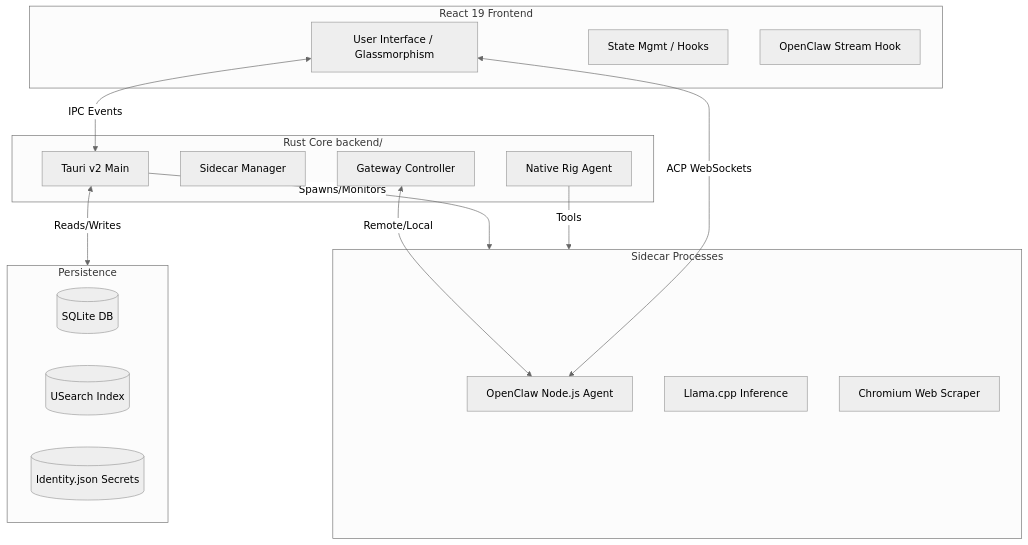
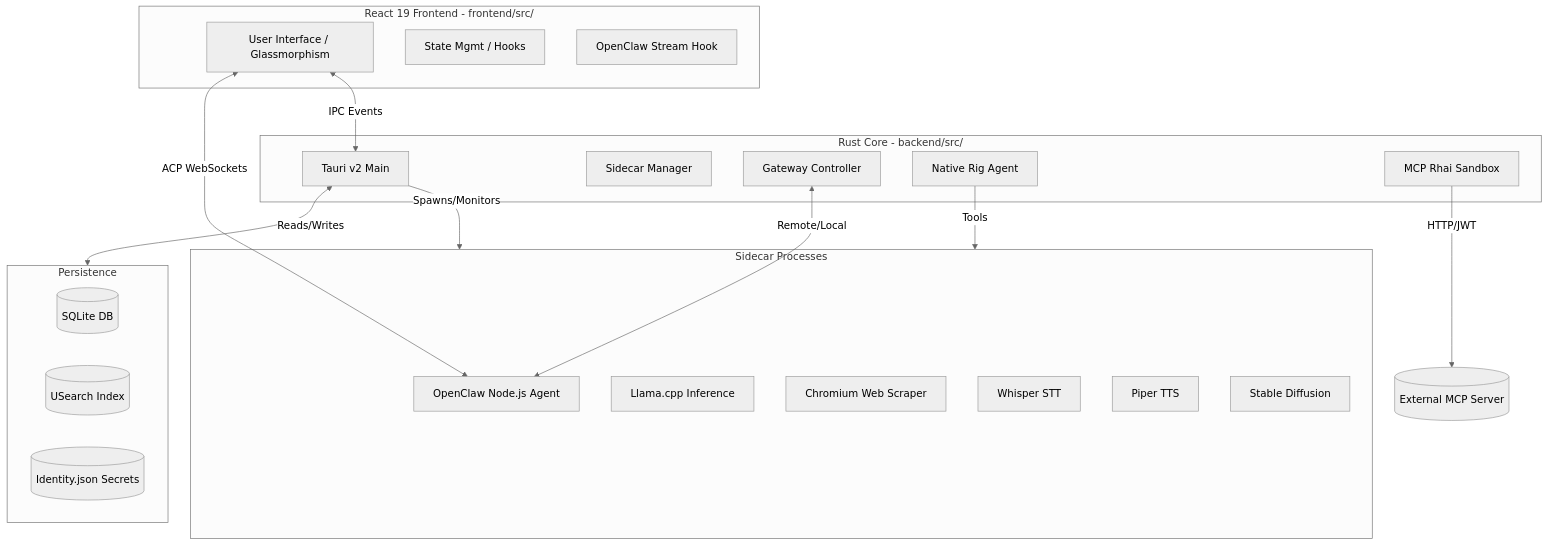
One commit to RNT56/ThinClaw changed the diagram in README.md. Above: the diagram before and after it, drawn with Mermaid (neutral theme). The commit also changed other lines of this file and 7 other files, not shown here.

````diff
--- a/README.md
+++ b/README.md
@@ -78,34 +80,39 @@
 ```mermaid
 graph TD
-    subgraph Frontend [React 19 Frontend]
+    subgraph Frontend [React 19 Frontend - frontend/src/]
         UI[User Interface / Glassmorphism]
         State[State Mgmt / Hooks]
         Stream[OpenClaw Stream Hook]
     end
     
-    subgraph Backend [Rust Core backend/]
+    subgraph Backend [Rust Core - backend/src/]
         Tauri[Tauri v2 Main]
         Manager[Sidecar Manager]
         Gateway[Gateway Controller]
         RigAgent[Native Rig Agent]
+        McpSandbox[MCP Rhai Sandbox]
     end
     
     subgraph Sidecars [Sidecar Processes]
         OpenClaw[OpenClaw Node.js Agent]
         Llama[Llama.cpp Inference]
         Chromium[Chromium Web Scraper]
+        Whisper[Whisper STT]
+        TTS[Piper TTS]
+        SD[Stable Diffusion]
     end
     
     subgraph Storage [Persistence]
         SQLite[(SQLite DB)]
         Vectors[(USearch Index)]
         Identity[(Identity.json Secrets)]
     end
 
     UI <-->|IPC Events| Tauri
     Tauri -->|Spawns/Monitors| Sidecars
     Tauri <-->|Reads/Writes| Storage
     OpenClaw <-->|ACP WebSockets| UI
     Gateway <-->|Remote/Local| OpenClaw
     RigAgent -->|Tools| Sidecars
+    McpSandbox -->|HTTP/JWT| MCP[(External MCP Server)]
 ```
````
